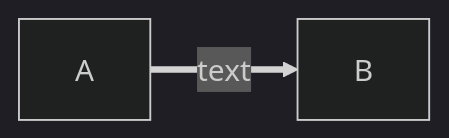
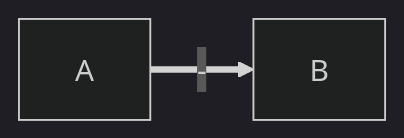
The diagram in MICSPLUS/diagram.md (agrogan1/research), drawn with Mermaid (dark theme) before and after one commit.

````diff
--- a/MICSPLUS/diagram.md
+++ b/MICSPLUS/diagram.md
@@ -1,7 +1,7 @@
 ```mermaid
 
 flowchart LR
-   A == text ==> B
+   A == "-" ==> B
 
 
 ```
````
